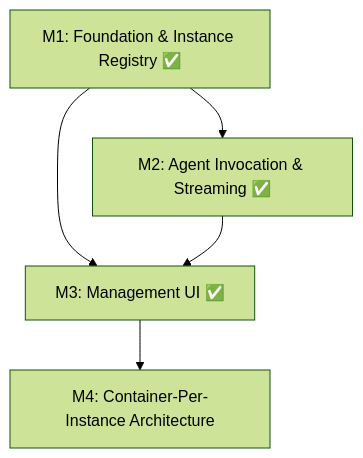
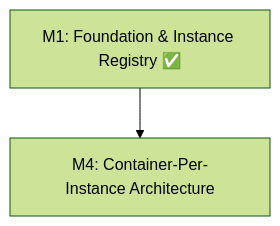
The diagram in spec/plan/README.md (pedropaulovc/claude-agent-sdk-aas), drawn with Mermaid (forest theme) before and after one commit. The commit also changed other lines of this file and 3 other files, not shown here.

First line of the commit message:
Remove outdated M2/M3 specs, update READMEs for M4 architecture

````diff
--- a/spec/plan/README.md
+++ b/spec/plan/README.md
@@ -20,7 +20,4 @@
 ```mermaid
 graph TD
-    M1[M1: Foundation & Instance Registry ✅] --> M2[M2: Agent Invocation & Streaming ✅]
-    M1 --> M3[M3: Management UI ✅]
-    M2 --> M3
-    M3 --> M4[M4: Container-Per-Instance Architecture]
+    M1[M1: Foundation & Instance Registry ✅] --> M4[M4: Container-Per-Instance Architecture]
 ```
````
